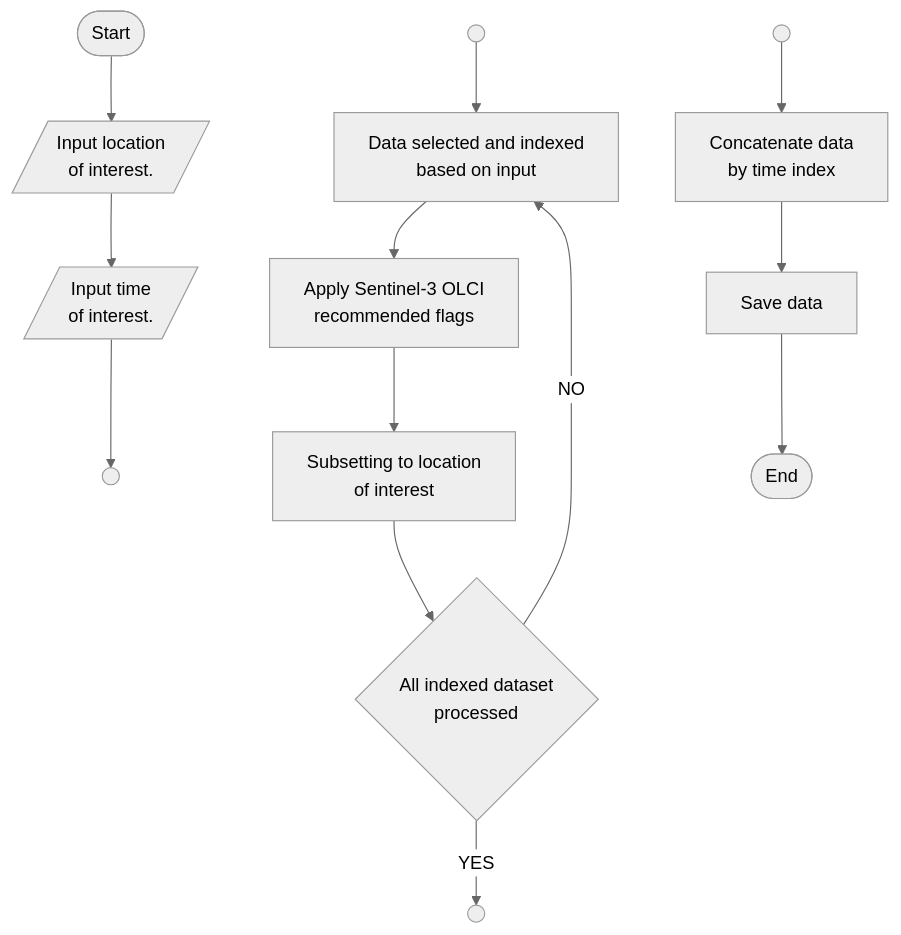
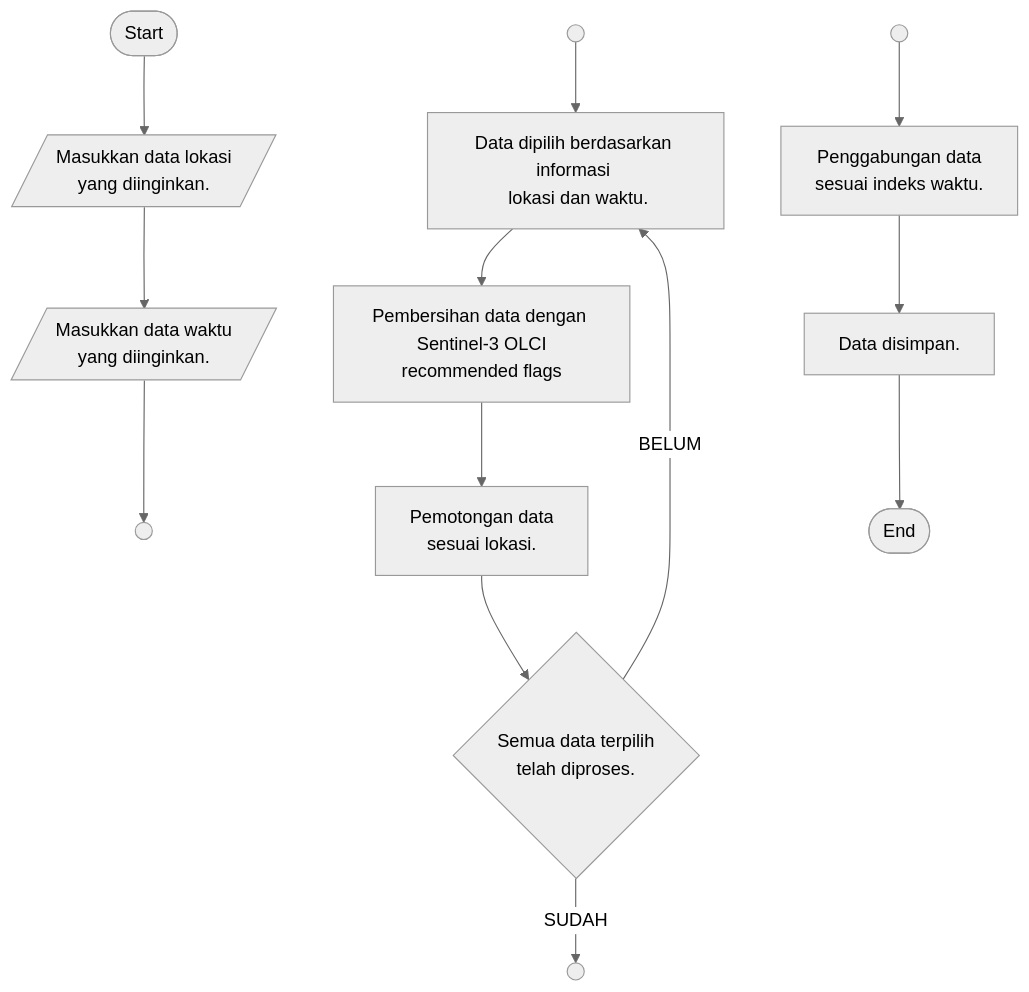
One commit to eds-ocean/imber-sen3 changed the diagram in README.md. Above: the diagram before and after it, drawn with Mermaid (neutral theme). The commit also changed other lines of this file and 39 other files, not shown here.

````diff
--- a/README.md
+++ b/README.md
@@ -43,25 +24,22 @@
 ```mermaid
 flowchart TD;
 A([ Start ])
-B[/ Input location \n of interest. /]
-C[/ Input time \n of interest. /]
-D[Data selected and indexed \n based on input]
-E[Apply Sentinel-3 OLCI \n recommended flags]
+B[/ Masukkan data lokasi \n yang diinginkan. /]
+C[/ Masukkan data waktu \n yang diinginkan. /]
+W(( ))
+X(( ))
+D[ Data dipilih berdasarkan informasi \n lokasi dan waktu. ]
+E[ Pembersihan data dengan \n Sentinel-3 OLCI recommended flags]
+F[ Pemotongan data \n sesuai lokasi. ]
+G{ Semua data terpilih \n telah diproses. }
+Y(( ))
+Z(( ))
+H[ Penggabungan data \n sesuai indeks waktu. ]
+I[ Data disimpan. ]
+J([ End ])
 
-F(( ))
-G(( ))
-H(( ))
-I(( ))
-
-J[ Subsetting to location \n of interest ]
-K{ All indexed dataset \n processed }
-L[ Concatenate data \n by time index ]
-M[ Save data ]
-N([ End ])
-
-      A-->B-->C-->F;
-      G-->D-->E-->J-->K--NO-->D;
-      K--YES-->H;
-      I-->L-->M-->N
-
+A-->B-->C-->W;
+X-->D-->E-->F-->G--BELUM-->D;
+G--SUDAH-->Y;
+Z-->H-->I-->J
 ```
````
